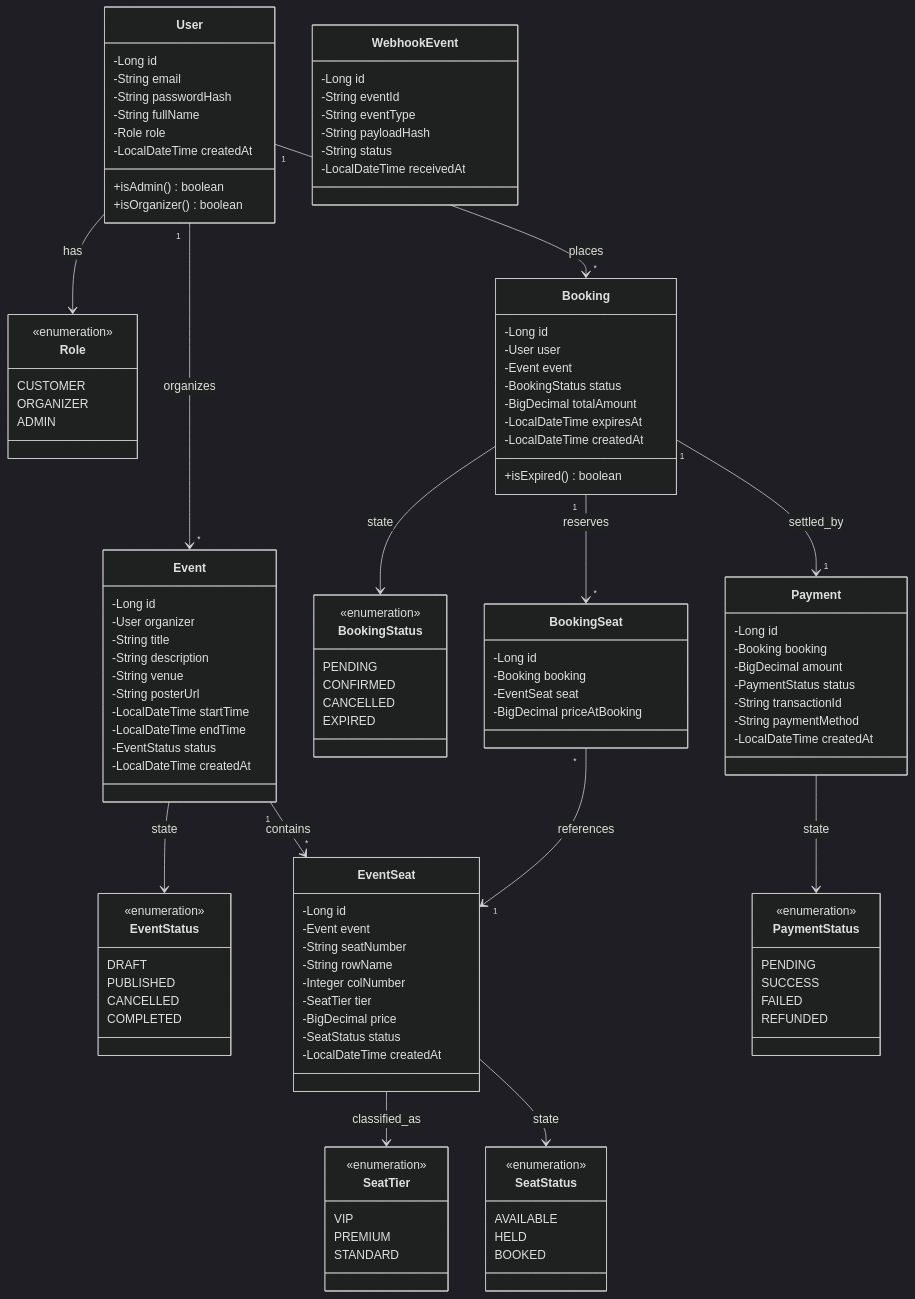
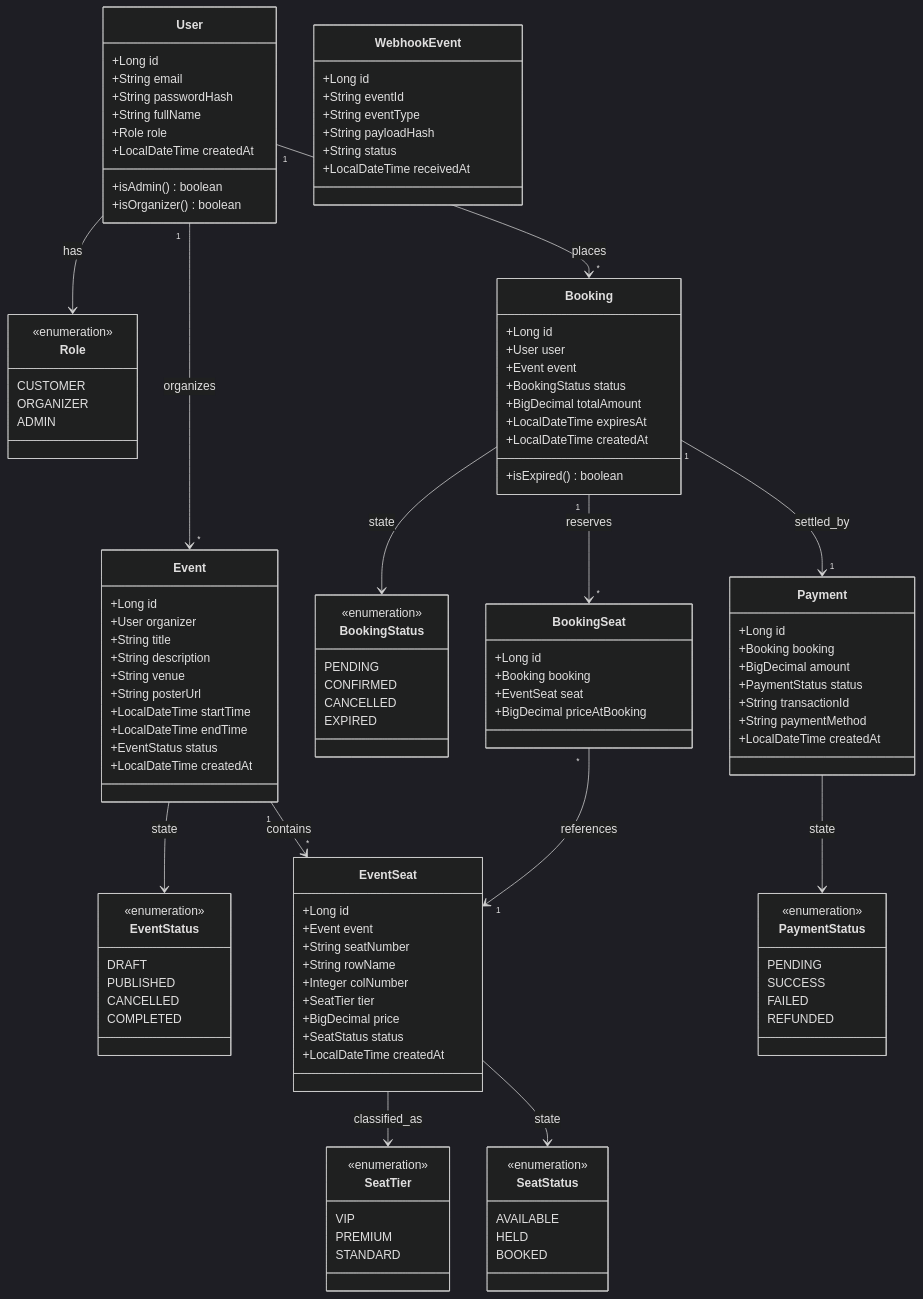
One commit to Bibek9178123/Ticket-Booking-Platform-TicketRush changed the fourth of 6 diagrams in README.md. Above: the diagram before and after it, drawn with Mermaid (dark theme). The commit also changed other lines of this file, not shown here.

Commit message:
fix(docs): resolve Mermaid syntax errors in HLD flowchart and contention diagram

````diff
--- a/README.md
+++ b/README.md
@@ -230,12 +229,12 @@
 ```mermaid
 classDiagram
     class User {
-        -Long id
-        -String email
-        -String passwordHash
-        -String fullName
-        -Role role
-        -LocalDateTime createdAt
+        +Long id
+        +String email
+        +String passwordHash
+        +String fullName
+        +Role role
+        +LocalDateTime createdAt
         +isAdmin() boolean
         +isOrganizer() boolean
     }
@@ -248,16 +247,16 @@
     }
 
     class Event {
-        -Long id
-        -User organizer
-        -String title
-        -String description
-        -String venue
-        -String posterUrl
-        -LocalDateTime startTime
-        -LocalDateTime endTime
-        -EventStatus status
-        -LocalDateTime createdAt
+        +Long id
+        +User organizer
+        +String title
+        +String description
+        +String venue
+        +String posterUrl
+        +LocalDateTime startTime
+        +LocalDateTime endTime
+        +EventStatus status
+        +LocalDateTime createdAt
     }
 
     class EventStatus {
@@ -269,15 +268,15 @@
     }
 
     class EventSeat {
-        -Long id
-        -Event event
-        -String seatNumber
-        -String rowName
-        -Integer colNumber
-        -SeatTier tier
-        -BigDecimal price
-        -SeatStatus status
-        -LocalDateTime createdAt
+        +Long id
+        +Event event
+        +String seatNumber
+        +String rowName
+        +Integer colNumber
+        +SeatTier tier
+        +BigDecimal price
+        +SeatStatus status
+        +LocalDateTime createdAt
     }
 
     class SeatTier {
@@ -295,13 +294,13 @@
     }
 
     class Booking {
-        -Long id
-        -User user
-        -Event event
-        -BookingStatus status
-        -BigDecimal totalAmount
-        -LocalDateTime expiresAt
-        -LocalDateTime createdAt
+        +Long id
+        +User user
+        +Event event
+        +BookingStatus status
+        +BigDecimal totalAmount
+        +LocalDateTime expiresAt
+        +LocalDateTime createdAt
         +isExpired() boolean
     }
 
@@ -314,20 +313,20 @@
     }
 
     class BookingSeat {
-        -Long id
-        -Booking booking
-        -EventSeat seat
-        -BigDecimal priceAtBooking
+        +Long id
+        +Booking booking
+        +EventSeat seat
+        +BigDecimal priceAtBooking
     }
 
     class Payment {
-        -Long id
-        -Booking booking
-        -BigDecimal amount
-        -PaymentStatus status
-        -String transactionId
-        -String paymentMethod
-        -LocalDateTime createdAt
+        +Long id
+        +Booking booking
+        +BigDecimal amount
+        +PaymentStatus status
+        +String transactionId
+        +String paymentMethod
+        +LocalDateTime createdAt
     }
 
     class PaymentStatus {
@@ -339,12 +338,12 @@
     }
 
     class WebhookEvent {
-        -Long id
-        -String eventId
-        -String eventType
-        -String payloadHash
-        -String status
-        -LocalDateTime receivedAt
+        +Long id
+        +String eventId
+        +String eventType
+        +String payloadHash
+        +String status
+        +LocalDateTime receivedAt
     }
 
     User "1" --> "*" Event : organizes
````
